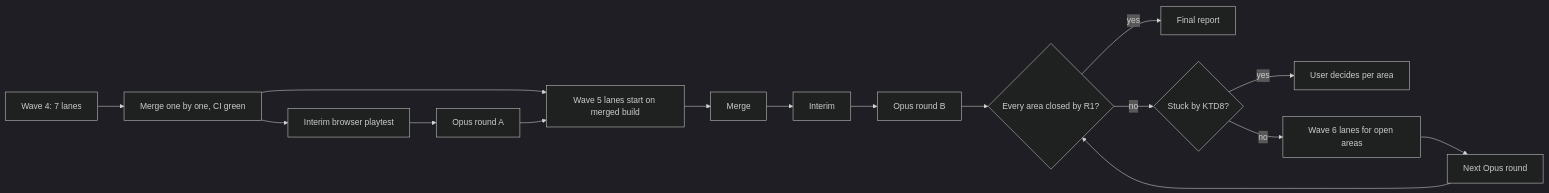
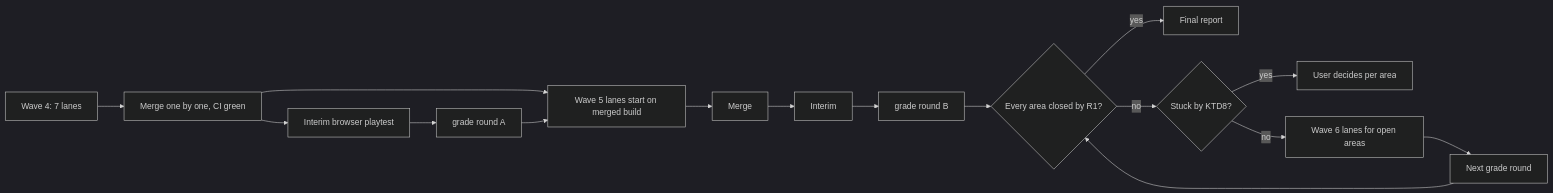
Before and after one commit to yaniv89/terra-imperium: the diagram in plans/2026-10-29-1020-feat-every-area-to-8-plan.md, drawn with Mermaid (dark theme). The commit also changed other lines of this file and 1 other file, not shown here.

Commit message:
Plan: grade rounds as Claude browser playtest sessions (no API); art fixes via the user's Blender MCP

````diff
--- a/plans/2026-10-29-1020-feat-every-area-to-8-plan.md
+++ b/plans/2026-10-29-1020-feat-every-area-to-8-plan.md
@@ -124,14 +127,14 @@
 ```mermaid
 flowchart LR
   W4[Wave 4: 7 lanes] --> M4[Merge one by one, CI green]
   M4 --> I4[Interim browser playtest]
   M4 --> W5[Wave 5 lanes start on merged build]
-  I4 --> GA[Opus round A]
+  I4 --> GA[grade round A]
   GA --> W5
-  W5 --> M5[Merge] --> I5[Interim] --> GB[Opus round B]
+  W5 --> M5[Merge] --> I5[Interim] --> GB[grade round B]
   GB --> D{Every area closed by R1?}
   D -- yes --> R[Final report]
   D -- no --> K{Stuck by KTD8?}
   K -- yes --> U[User decides per area]
-  K -- no --> W6[Wave 6 lanes for open areas] --> GC[Next Opus round] --> D
+  K -- no --> W6[Wave 6 lanes for open areas] --> GC[Next grade round] --> D
 ```
````
